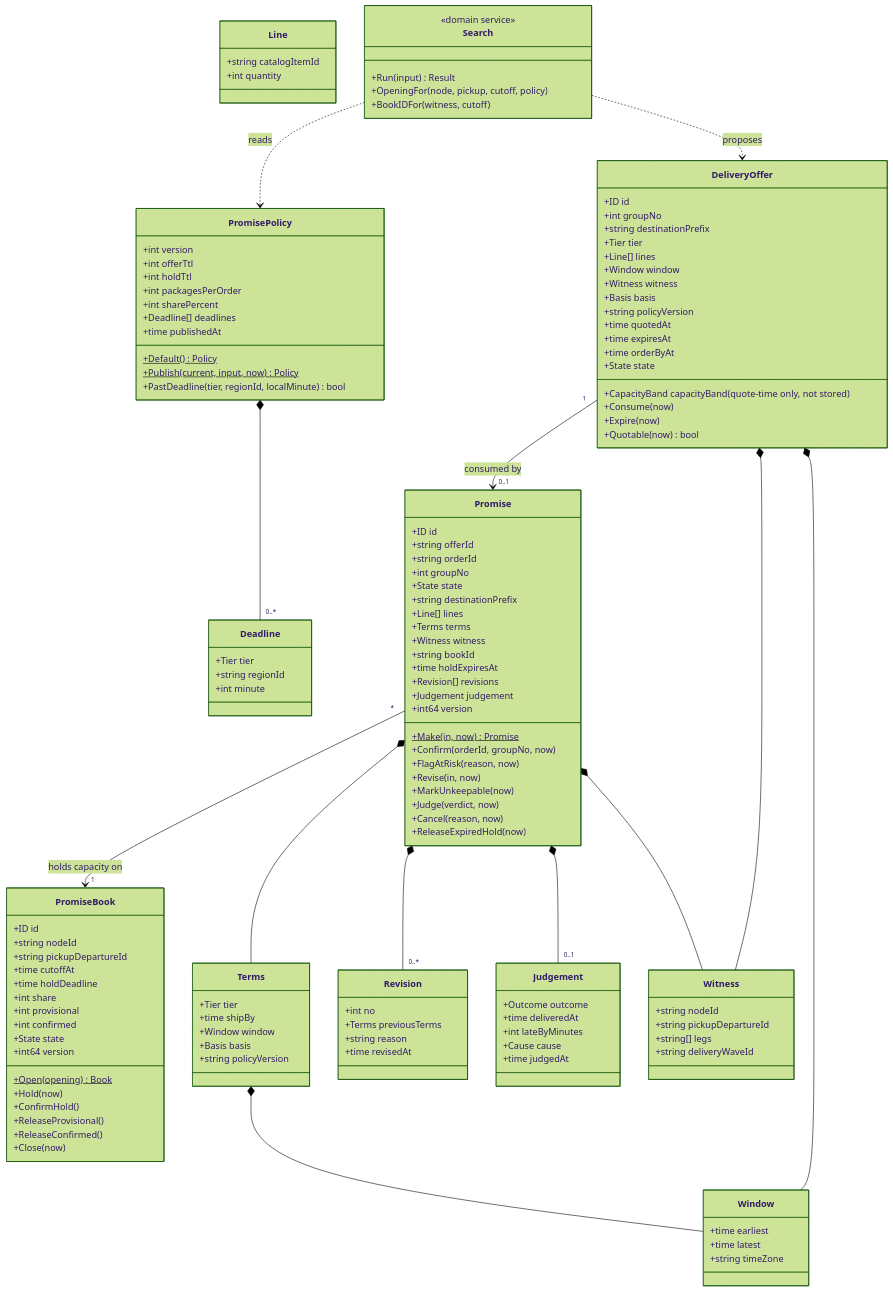
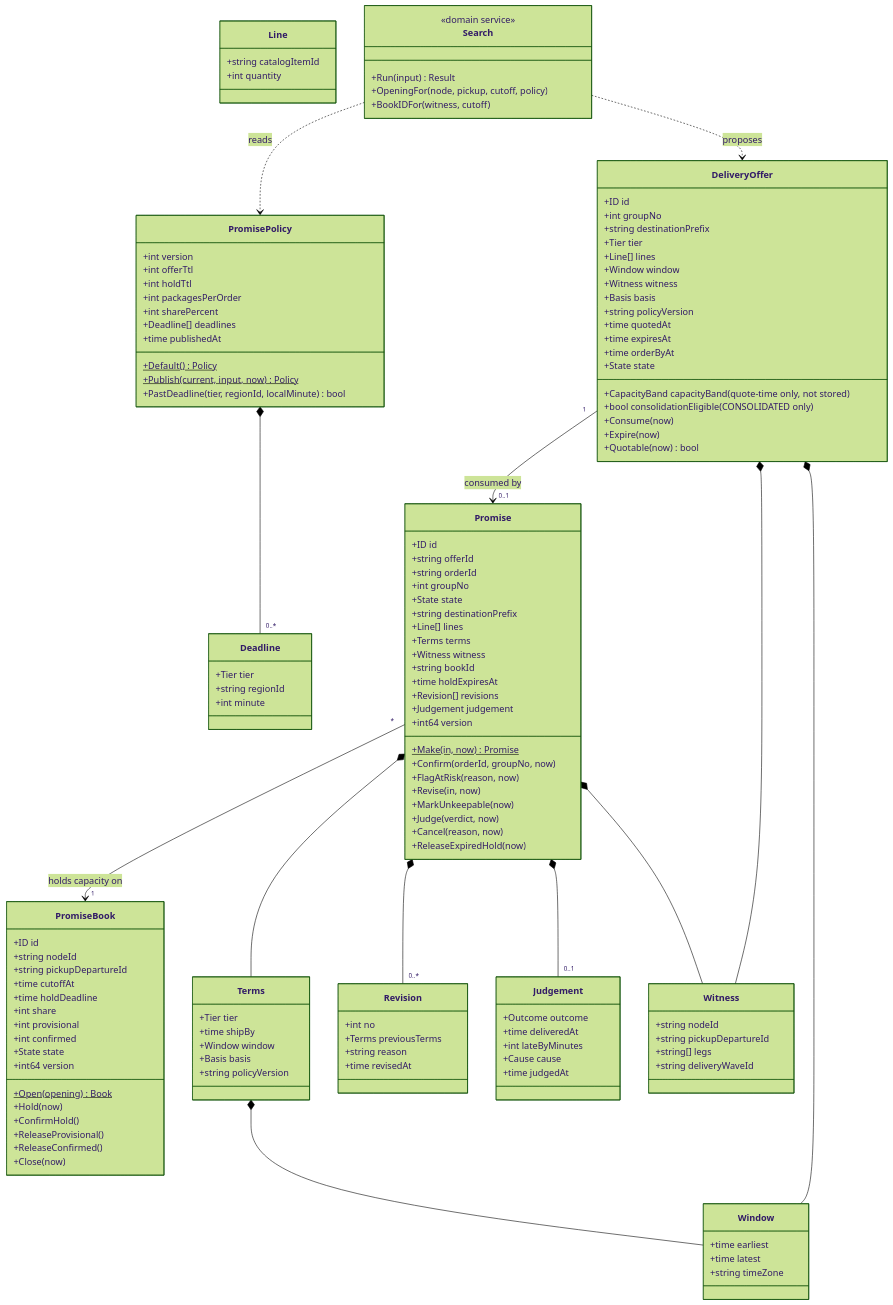
One commit to IQVO/delivery-promise changed the first of 2 diagrams in docs/docs/ddd/class-diagram.md. Above: the diagram before and after it, drawn with Mermaid (forest theme). The commit also changed other lines of this file and 70 other files, not shown here.

```diff
--- a/docs/docs/ddd/class-diagram.md
+++ b/docs/docs/ddd/class-diagram.md
@@ -27,6 +27,7 @@
     +time expiresAt
     +time orderByAt
     +CapacityBand capacityBand (quote-time only, not stored)
+    +bool consolidationEligible (CONSOLIDATED only)
     +State state
     +Consume(now)
     +Expire(now)
```
